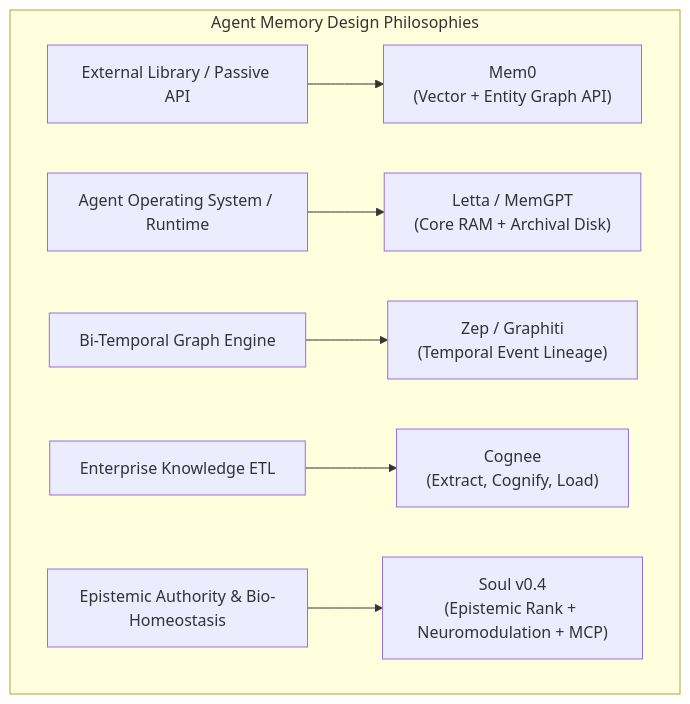
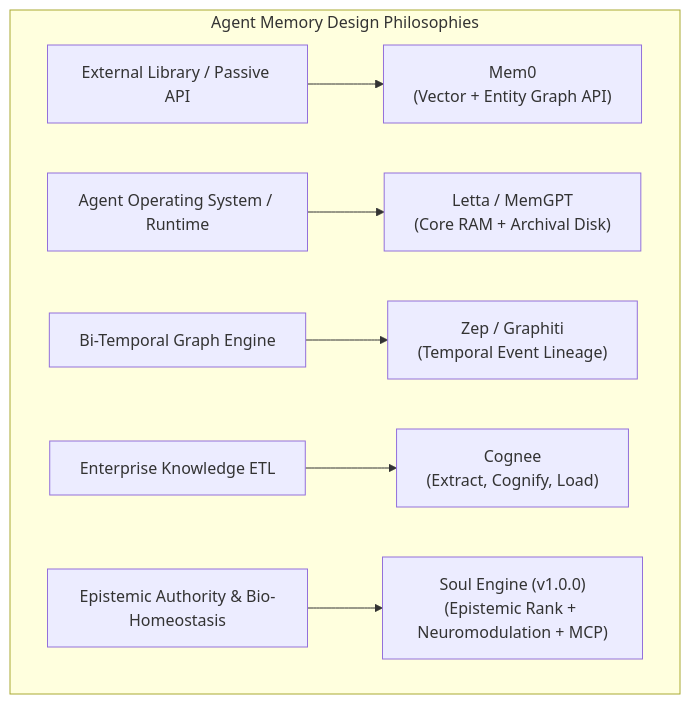
One commit to Azhonaras/soul-engine changed the diagram in docs/SOTA_COMPARISON.md. Above: the diagram before and after it, drawn with Mermaid. The commit also changed other lines of this file and 5 other files, not shown here.

````diff
--- a/docs/SOTA_COMPARISON.md
+++ b/docs/SOTA_COMPARISON.md
@@ -9,10 +9,10 @@
 ```mermaid
 graph TD
     subgraph TAXONOMY [" Agent Memory Design Philosophies "]
         A["External Library / Passive API"] --> Mem0["Mem0<br/>(Vector + Entity Graph API)"]
         B["Agent Operating System / Runtime"] --> Letta["Letta / MemGPT<br/>(Core RAM + Archival Disk)"]
         C["Bi-Temporal Graph Engine"] --> Zep["Zep / Graphiti<br/>(Temporal Event Lineage)"]
         D["Enterprise Knowledge ETL"] --> Cognee["Cognee<br/>(Extract, Cognify, Load)"]
-        E["Epistemic Authority & Bio-Homeostasis"] --> Soul["Soul v0.4<br/>(Epistemic Rank + Neuromodulation + MCP)"]
+        E["Epistemic Authority & Bio-Homeostasis"] --> Soul["Soul Engine (v1.0.0)<br/>(Epistemic Rank + Neuromodulation + MCP)"]
     end
 ```
````
